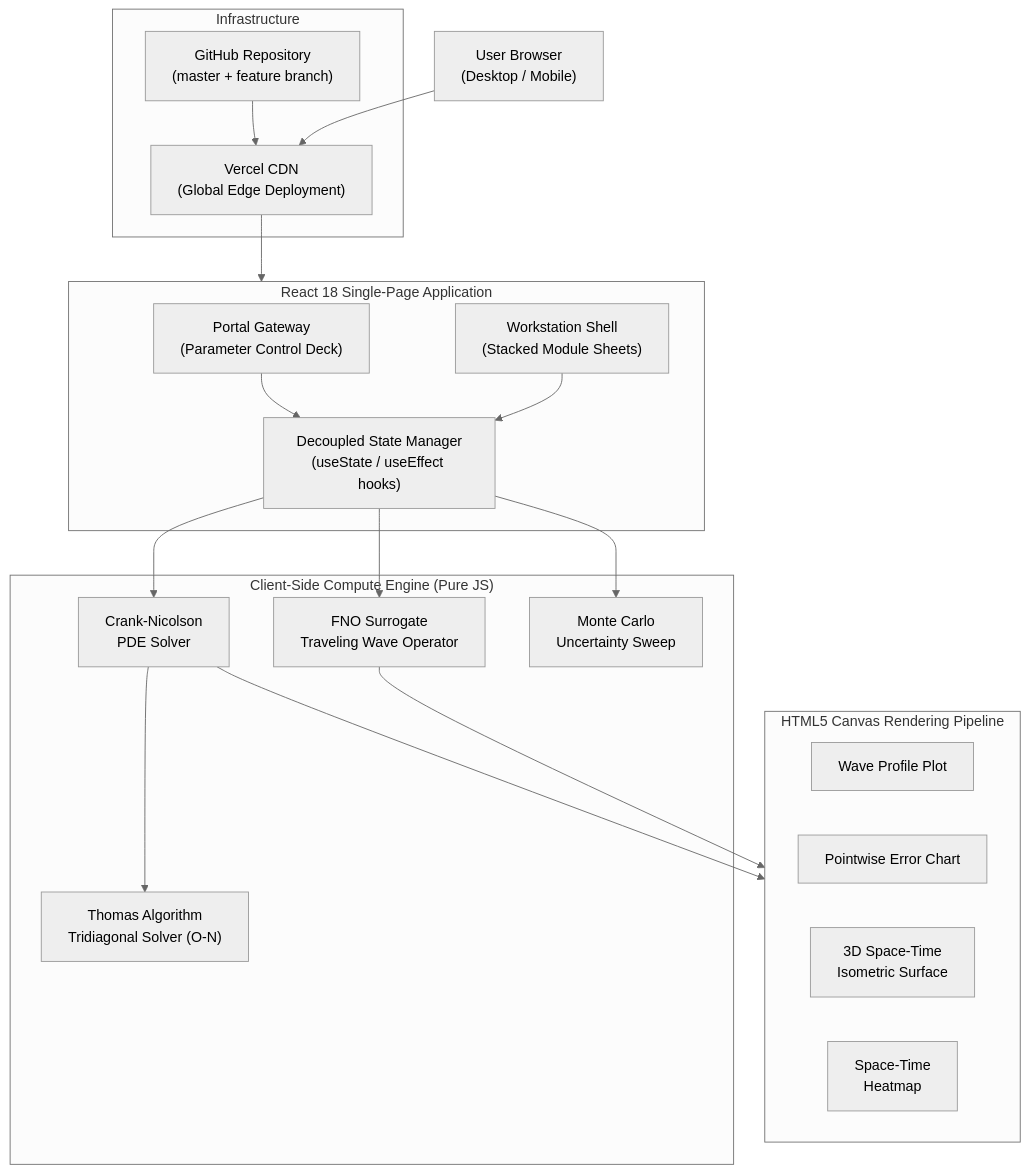
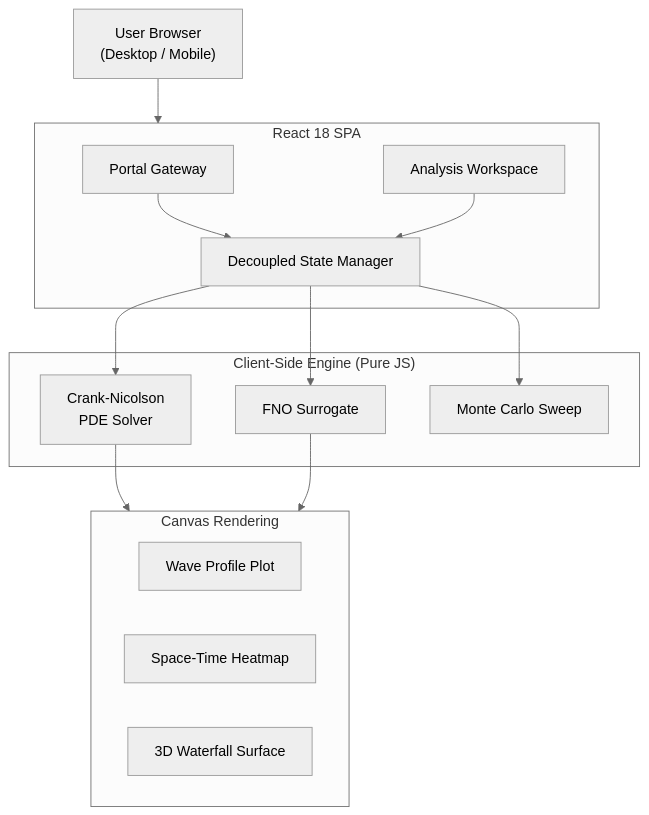
One commit to shekharsameer2308/Prototype-FNO-1D-RxnDynamics- changed the diagram in README.md. Above: the diagram before and after it, drawn with Mermaid (neutral theme). The commit also changed other lines of this file, not shown here.

````diff
--- a/README.md
+++ b/README.md
@@ -283,41 +89,31 @@
 ```mermaid
 graph TD
-    User["User Browser\n(Desktop / Mobile)"]
+    User["User Browser<br/>(Desktop / Mobile)"]
 
-    subgraph React_App["React 18 Single-Page Application"]
-        Portal["Portal Gateway\n(Parameter Control Deck)"]
-        Workstation["Workstation Shell\n(Stacked Module Sheets)"]
-        StateEngine["Decoupled State Manager\n(useState / useEffect hooks)"]
+    subgraph React_App["React 18 SPA"]
+        Portal["Portal Gateway"]
+        Workstation["Analysis Workspace"]
+        StateEngine["Decoupled State Manager"]
     end
 
-    subgraph Compute_Layer["Client-Side Compute Engine (Pure JS)"]
-        CN["Crank-Nicolson\nPDE Solver"]
-        Thomas["Thomas Algorithm\nTridiagonal Solver (O-N)"]
-        FNO["FNO Surrogate\nTraveling Wave Operator"]
-        MC["Monte Carlo\nUncertainty Sweep"]
+    subgraph Compute_Layer["Client-Side Engine (Pure JS)"]
+        CN["Crank-Nicolson<br/>PDE Solver"]
+        FNO["FNO Surrogate"]
+        MC["Monte Carlo Sweep"]
     end
 
-    subgraph Render_Layer["HTML5 Canvas Rendering Pipeline"]
+    subgraph Render_Layer["Canvas Rendering"]
         WavePlot["Wave Profile Plot"]
-        ErrPlot["Pointwise Error Chart"]
-        Surface3D["3D Space-Time\nIsometric Surface"]
-        Heatmap["Space-Time\nHeatmap"]
+        Heatmap["Space-Time Heatmap"]
+        Surface3D["3D Waterfall Surface"]
     end
 
-    subgraph Infra["Infrastructure"]
-        Vercel["Vercel CDN\n(Global Edge Deployment)"]
-        GitHub["GitHub Repository\n(master + feature branch)"]
-    end
-
-    User --> Vercel
-    Vercel --> React_App
+    User --> React_App
     Portal --> StateEngine
     Workstation --> StateEngine
     StateEngine --> CN
-    CN --> Thomas
     StateEngine --> FNO
     StateEngine --> MC
     CN --> Render_Layer
     FNO --> Render_Layer
-    GitHub --> Vercel
 ```
````
